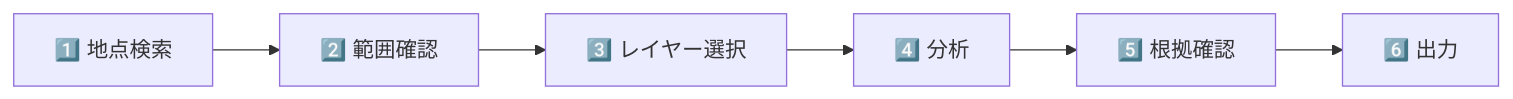
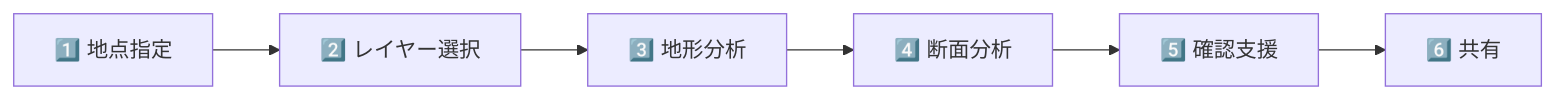
Before and after one commit to Kensan196948G/Civil-Terrain-Slope-Risk-Viewer: the diagram in docs/利用者ガイド.md, drawn with Mermaid. The commit also changed other lines of this file and 1 other file, not shown here.

````diff
--- a/docs/利用者ガイド.md
+++ b/docs/利用者ガイド.md
@@ -7,4 +8,4 @@
 ```mermaid
 flowchart LR
-    A["1️⃣ 地点検索"] --> B["2️⃣ 範囲確認"] --> C["3️⃣ レイヤー選択"] --> D["4️⃣ 分析"] --> E["5️⃣ 根拠確認"] --> F["6️⃣ 出力"]
+    A["1️⃣ 地点指定"] --> B["2️⃣ レイヤー選択"] --> C["3️⃣ 地形分析"] --> D["4️⃣ 断面分析"] --> E["5️⃣ 確認支援"] --> F["6️⃣ 共有"]
 ```
````
